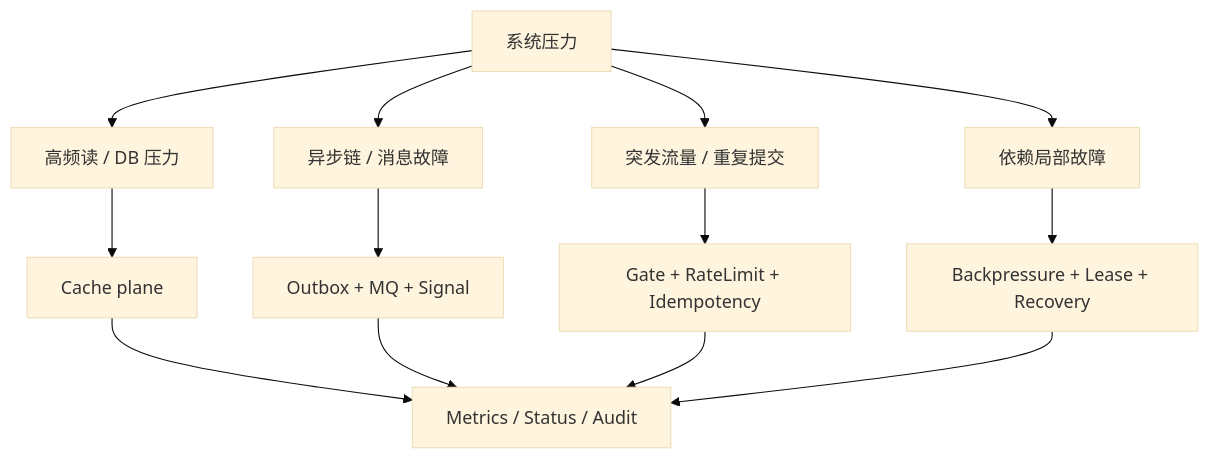
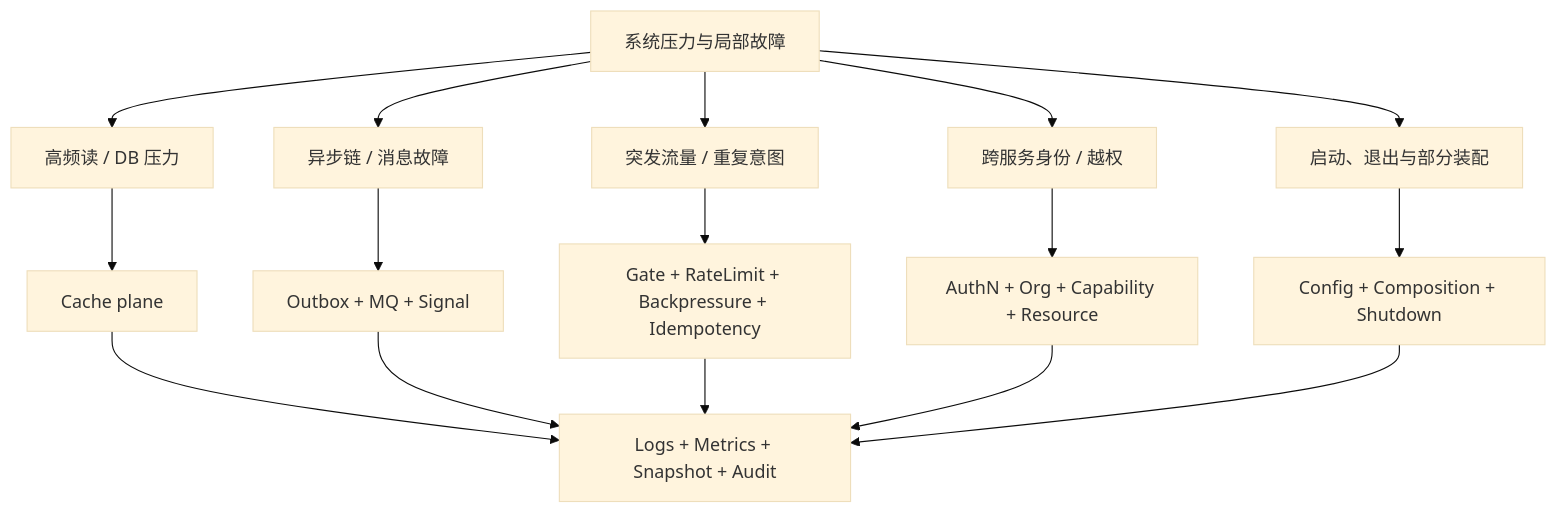
Before and after one commit to FangcunMount/qs-server: the second of 2 diagrams in docs/03-基础设施/00-基础设施总览.md, drawn with Mermaid (base theme). The commit also changed other lines of this file and 15 other files, not shown here.

Commit message:
doc 更新基础设施文档，增加运行拓扑、四类事实及问题地图的详细描述，明确各组件的责任与交互关系。重构设计原则，强调业务事实优先、正确性机制、降级语义等关键概念，确保文档与代码的一致性和可维护性。

````diff
--- a/docs/03-基础设施/00-基础设施总览.md
+++ b/docs/03-基础设施/00-基础设施总览.md
@@ -9,15 +45,20 @@
 ```mermaid
 flowchart TB
-    Pressure["系统压力"] --> Read["高频读 / DB 压力"]
+    Pressure["系统压力与局部故障"] --> Read["高频读 / DB 压力"]
     Pressure --> Async["异步链 / 消息故障"]
-    Pressure --> Burst["突发流量 / 重复提交"]
-    Pressure --> Partial["依赖局部故障"]
+    Pressure --> Burst["突发流量 / 重复意图"]
+    Pressure --> Identity["跨服务身份 / 越权"]
+    Pressure --> Lifecycle["启动、退出与部分装配"]
+
     Read --> Cache["Cache plane"]
     Async --> Event["Outbox + MQ + Signal"]
-    Burst --> Guard["Gate + RateLimit + Idempotency"]
-    Partial --> Resilience["Backpressure + Lease + Recovery"]
-    Cache --> Obs["Metrics / Status / Audit"]
-    Event --> Obs
-    Guard --> Obs
-    Resilience --> Obs
+    Burst --> Protect["Gate + RateLimit + Backpressure + Idempotency"]
+    Identity --> Security["AuthN + Org + Capability + Resource"]
+    Lifecycle --> Runtime["Config + Composition + Shutdown"]
+
+    Cache --> Observe["Logs + Metrics + Snapshot + Audit"]
+    Event --> Observe
+    Protect --> Observe
+    Security --> Observe
+    Runtime --> Observe
 ```
````
